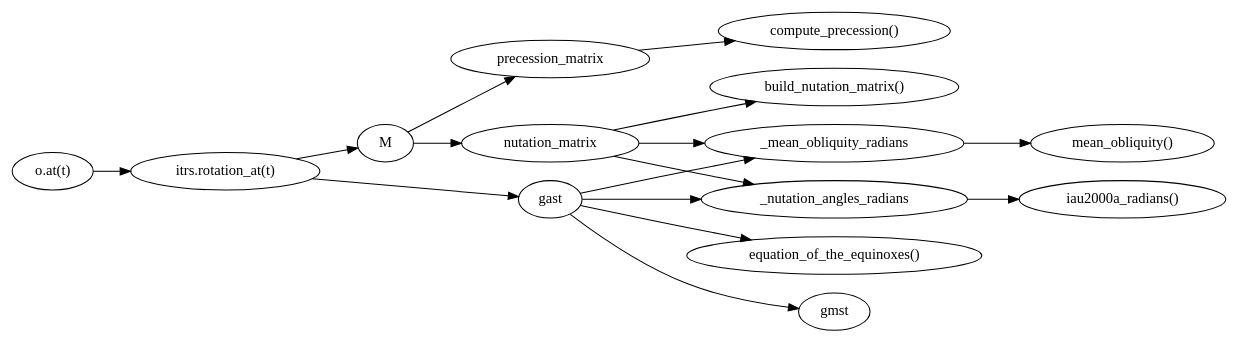
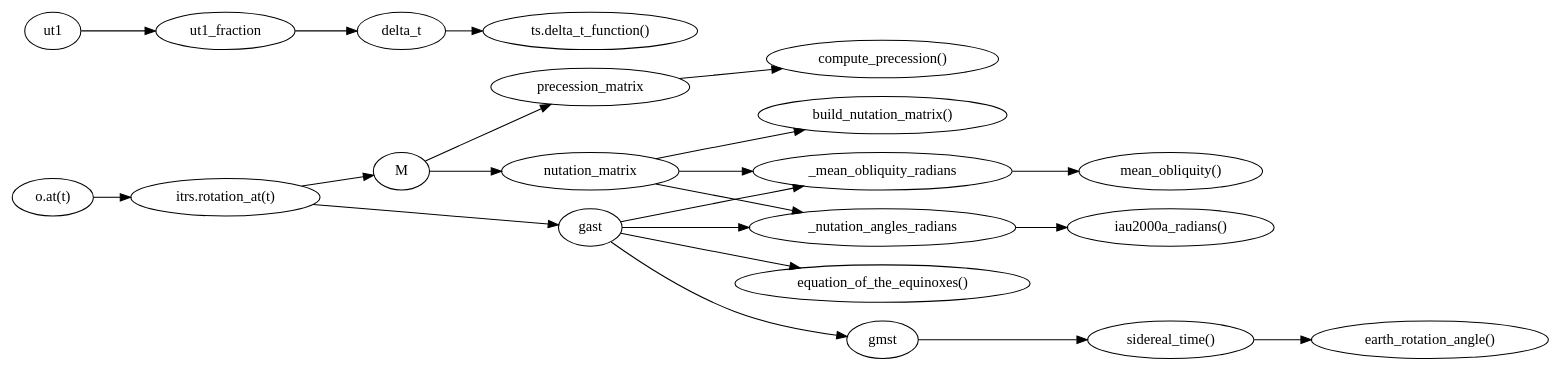
One commit to skyfielders/python-skyfield changed the diagram in design/time_diagram.dot. Above: the diagram before and after it, drawn with Graphviz.

Commit message:
Add ut1 to diagram of Time method calls

```diff
--- a/design/time_diagram.dot
+++ b/design/time_diagram.dot
@@ -1,21 +1,27 @@
 
 digraph Time {
 rankdir=LR
 M -> precession_matrix
 M -> nutation_matrix
 _nutation_angles_radians -> "iau2000a_radians()"
 _mean_obliquity_radians -> "mean_obliquity()"
 nutation_matrix -> _nutation_angles_radians
 nutation_matrix -> _mean_obliquity_radians
 nutation_matrix -> "build_nutation_matrix()"
 precession_matrix -> "compute_precession()"
 
 "o.at(t)" -> "itrs.rotation_at(t)"
 "itrs.rotation_at(t)" -> gast
 "itrs.rotation_at(t)" -> M
 
 gast -> _nutation_angles_radians
 gast -> "equation_of_the_equinoxes()"
 gast -> _mean_obliquity_radians
 gast -> gmst
+gmst -> "sidereal_time()"
+"sidereal_time()" -> "earth_rotation_angle()"
+
+ut1 -> ut1_fraction
+ut1_fraction -> delta_t
+delta_t -> "ts.delta_t_function()"
 }
```
